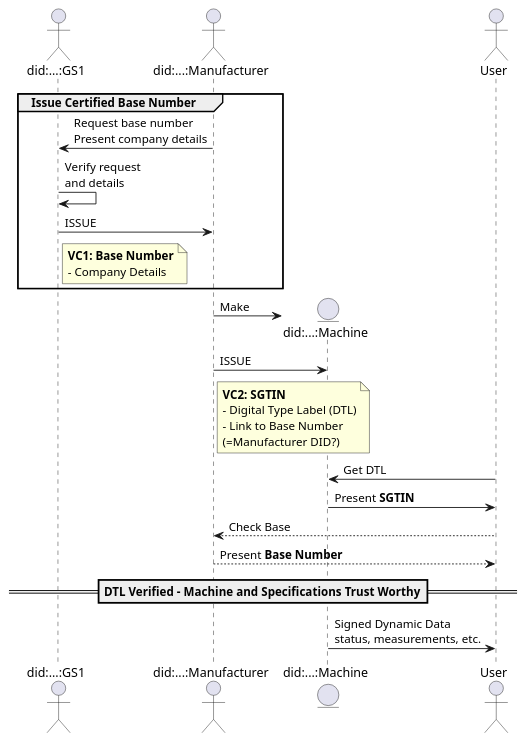
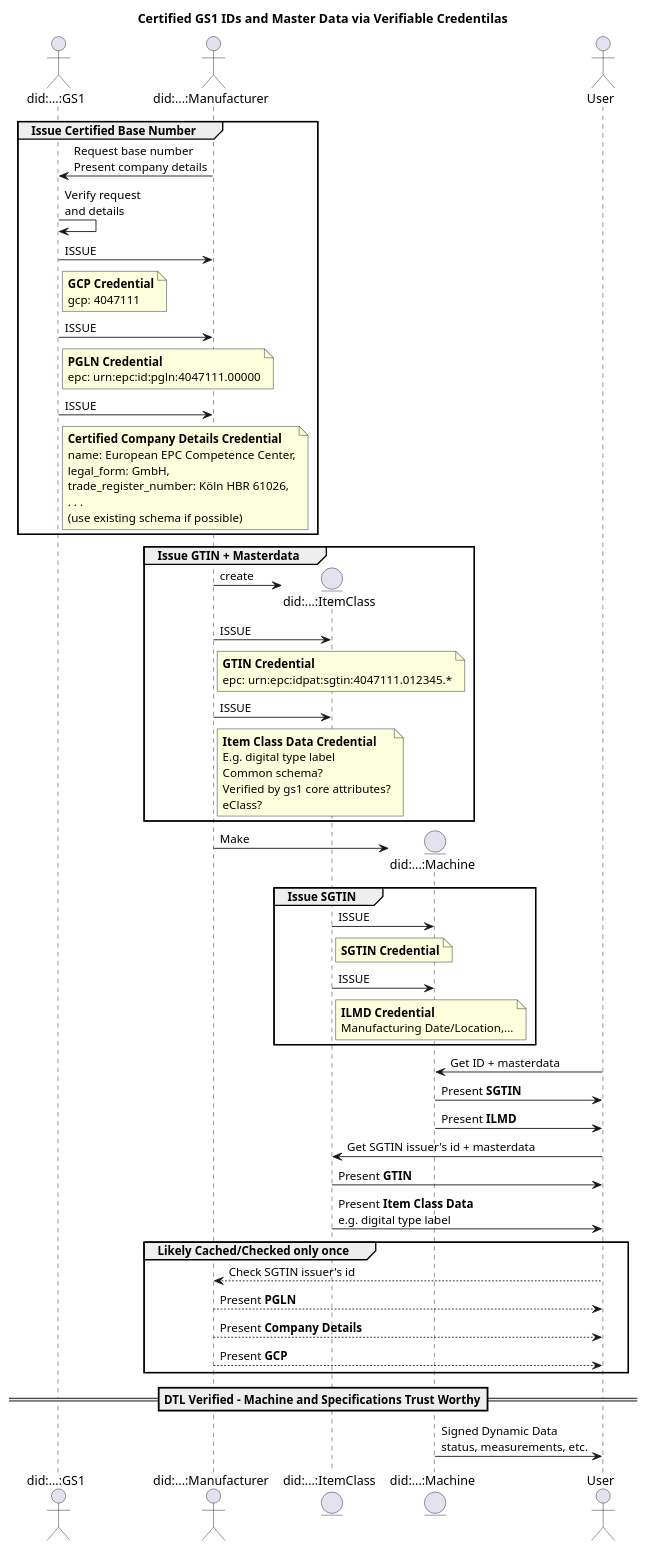
Before and after one commit to gs1-germany-innolab/CertifiedByGS1-I4.0-OnePager: the diagram in ssi/certified-digital-type-label.plantuml, drawn with PlantUML. The commit also changed 10 other files, not shown here.

Commit message:
condensed VC ideas into sequence diagram

```diff
--- a/ssi/certified-digital-type-label.plantuml
+++ b/ssi/certified-digital-type-label.plantuml
@@ -1,41 +1,95 @@
-@startuml
+@startuml Certified GS1 IDs
 skinparam responseMessageBelowArrow true
+
+title Certified GS1 IDs and Master Data via Verifiable Credentilas
 
 actor "did:...:GS1" as GS1
 actor "did:...:Manufacturer" as Manufacturer
+entity "did:...:ItemClass" as gtin
 entity "did:...:Machine" as Machine
 actor User
 
 group Issue Certified Base Number
     Manufacturer -> GS1 : Request base number\nPresent company details
     GS1 -> GS1 : Verify request\nand details
     GS1 -> Manufacturer : ISSUE
     note right of GS1
-        <b>VC1: Base Number</b>
-        - Company Details
+        <b>GCP Credential</b>
+        gcp: 4047111
     end note
+    GS1 -> Manufacturer : ISSUE
+    note right of GS1
+        <b>PGLN Credential</b>
+        epc: urn:epc:id:pgln:4047111.00000
+    end note
+
+    GS1 -> Manufacturer : ISSUE
+    note right of GS1
+        <b>Certified Company Details Credential</b>
+        name: European EPC Competence Center,
+        legal_form: GmbH,
+        trade_register_number: Köln HBR 61026,
+        . . .
+        (use existing schema if possible)
+    end note
+end
+
+
+group Issue GTIN + Masterdata
+    Manufacturer -> gtin ** : create
+    Manufacturer -> gtin : ISSUE
+    note right of Manufacturer
+        <b>GTIN Credential</b>
+        epc: urn:epc:idpat:sgtin:4047111.012345.*
+    end note
+    Manufacturer -> gtin : ISSUE
+    note right of Manufacturer
+        <b>Item Class Data Credential</b>
+        E.g. digital type label
+        Common schema?
+        Verified by gs1 core attributes?
+        eClass?
+    end note
+
 end
 
 Manufacturer -> Machine ** : Make
 
-Manufacturer -> Machine : ISSUE
-note right of Manufacturer
-    <b>VC2: SGTIN</b>
-    - Digital Type Label (DTL)
-    - Link to Base Number
-    (=Manufacturer DID?)
-end note
 
-User -> Machine : Get DTL
+group Issue SGTIN
+    gtin -> Machine : ISSUE
+    note right of gtin
+        <b>SGTIN Credential</b>
+    end note
+
+    gtin -> Machine : ISSUE
+    note right of gtin
+        <b>ILMD Credential</b>
+        Manufacturing Date/Location,...
+    end note
+end
+
+User -> Machine : Get ID + masterdata
 Machine -> User : Present <b>SGTIN</b>
+Machine -> User : Present <b>ILMD</b>
 
-User --> Manufacturer: Check Base
-Manufacturer --> User: Present <b>Base Number</b>
+User -> gtin: Get SGTIN issuer's id + masterdata
+gtin -> User: Present <b>GTIN</b>
+gtin -> User: Present <b>Item Class Data</b>\ne.g. digital type label
+
+
+
+group Likely Cached/Checked only once
+    User --> Manufacturer: Check SGTIN issuer's id
+    Manufacturer --> User: Present <b>PGLN</b>
+    Manufacturer --> User: Present <b>Company Details</b>
+    Manufacturer --> User: Present <b>GCP</b>
+end
 
 == DTL Verified - Machine and Specifications Trust Worthy==
 
 
 Machine -> User : Signed Dynamic Data\nstatus, measurements, etc.
 
 
 @enduml
```
